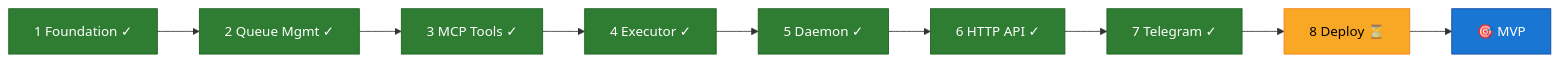
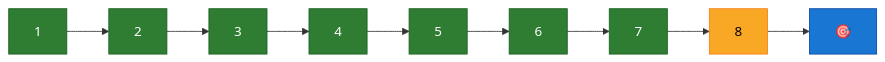
One commit to reubenjohn/reeve_bot changed the diagram in docs/index.md. Above: the diagram before and after it, drawn with Mermaid. The commit also changed other lines of this file, not shown here.

Commit message:
docs: Make roadmap diagram more compact
Use numbered nodes with legend to reduce horizontal width.

````diff
--- a/docs/index.md
+++ b/docs/index.md
@@ -165,18 +165,11 @@
 ```mermaid
 graph LR
-    P1[1 Foundation ✓] --> P2[2 Queue Mgmt ✓]
-    P2 --> P3[3 MCP Tools ✓]
-    P3 --> P4[4 Executor ✓]
-    P4 --> P5[5 Daemon ✓]
-    P5 --> P6[6 HTTP API ✓]
-    P6 --> P7[7 Telegram ✓]
-    P7 --> P8[8 Deploy ⏳]
-    P8 --> MVP[🎯 MVP]
+    P1[1] --> P2[2] --> P3[3] --> P4[4] --> P5[5] --> P6[6] --> P7[7] --> P8[8] --> MVP[🎯]
 
     classDef done fill:#2e7d32,stroke:#1b5e20,color:#fff
     classDef wip fill:#f9a825,stroke:#f57f17,color:#000
     classDef goal fill:#1976d2,stroke:#0d47a1,color:#fff
     class P1,P2,P3,P4,P5,P6,P7 done
     class P8 wip
     class MVP goal
 ```
````
